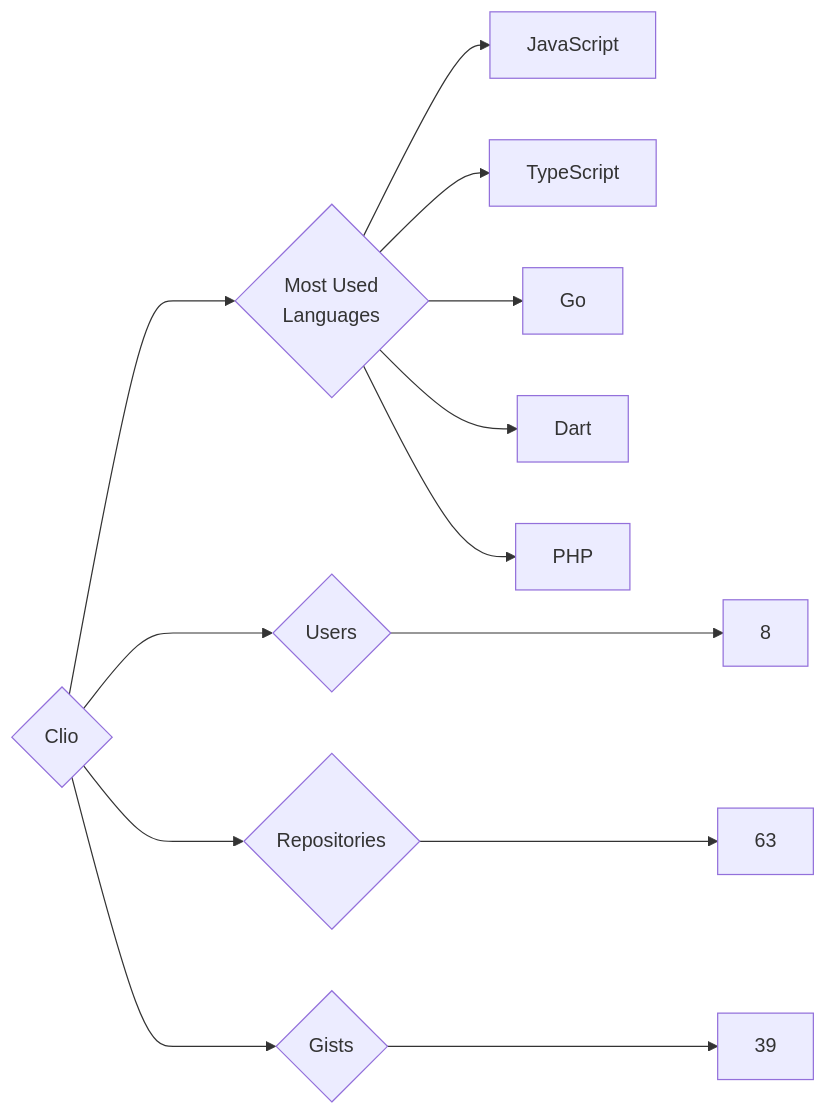
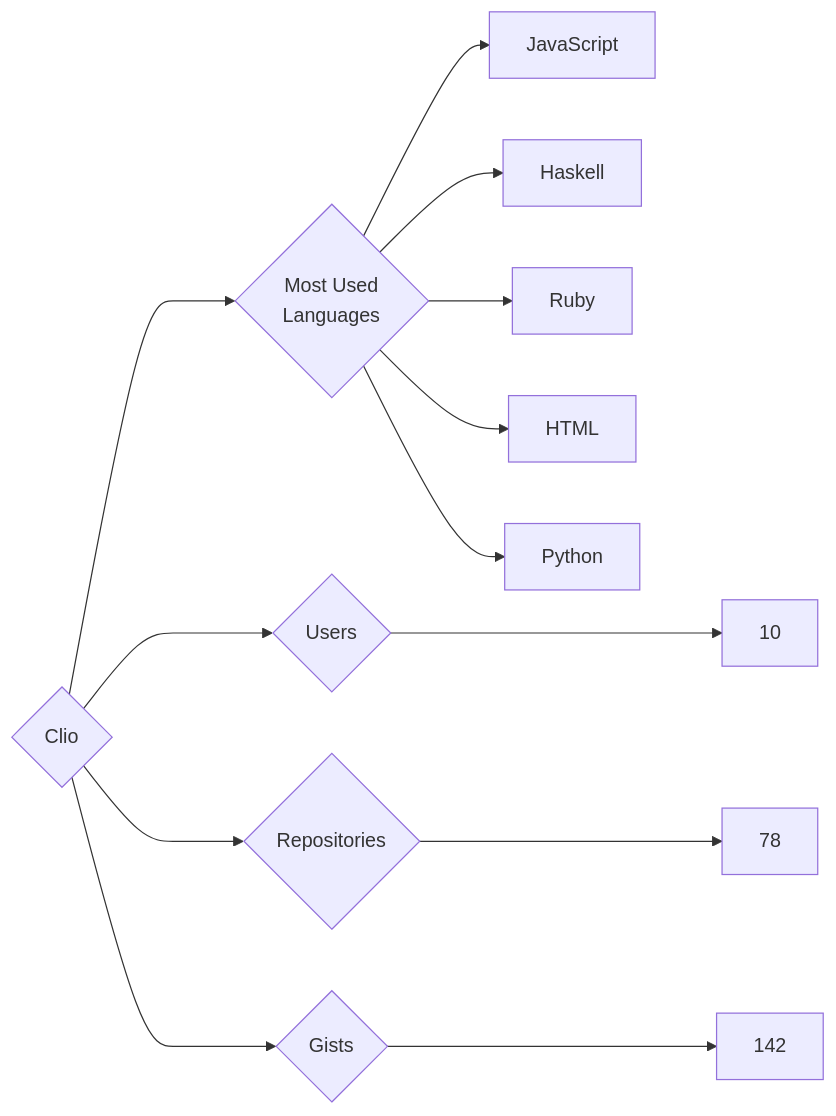
The diagram in targets/Clio/README.md (trickest/insiders), drawn with Mermaid before and after one commit. The commit also changed 1149 other files, not shown here.

````diff
--- a/targets/Clio/README.md
+++ b/targets/Clio/README.md
@@ -3,13 +3,13 @@
 ```mermaid
 graph LR
 COMPANY_NAME{Clio}
-COMPANY_NAME ---> U{Users} ---> UN[8]
-COMPANY_NAME ---> R{Repositories} ---> RN[63]
-COMPANY_NAME ---> G{Gists} ---> GN[39]
+COMPANY_NAME ---> U{Users} ---> UN[10]
+COMPANY_NAME ---> R{Repositories} ---> RN[78]
+COMPANY_NAME ---> G{Gists} ---> GN[142]
 COMPANY_NAME ---> ML{Most Used<br>Languages}
 ML --> JavaScript[JavaScript]
-ML --> TypeScript[TypeScript]
-ML --> Go[Go]
-ML --> Dart[Dart]
-ML --> PHP[PHP]
+ML --> Haskell[Haskell]
+ML --> Ruby[Ruby]
+ML --> HTML[HTML]
+ML --> Python[Python]
 ```
````
